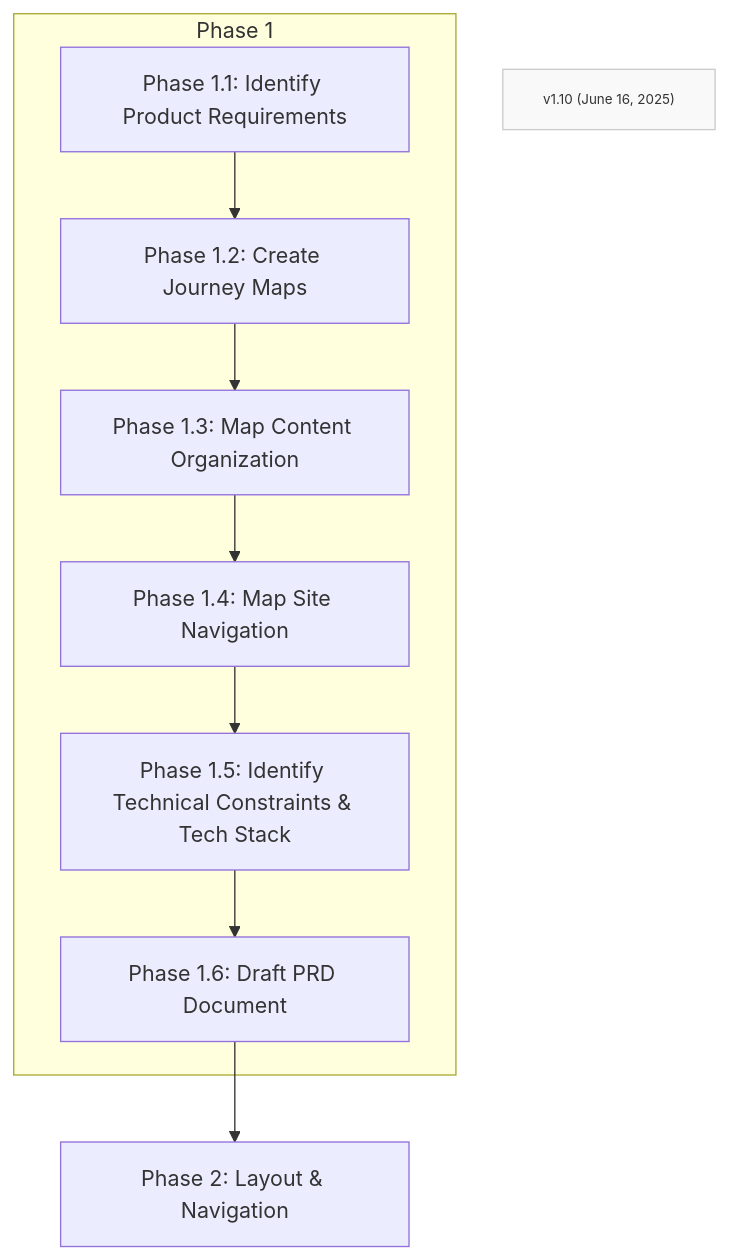
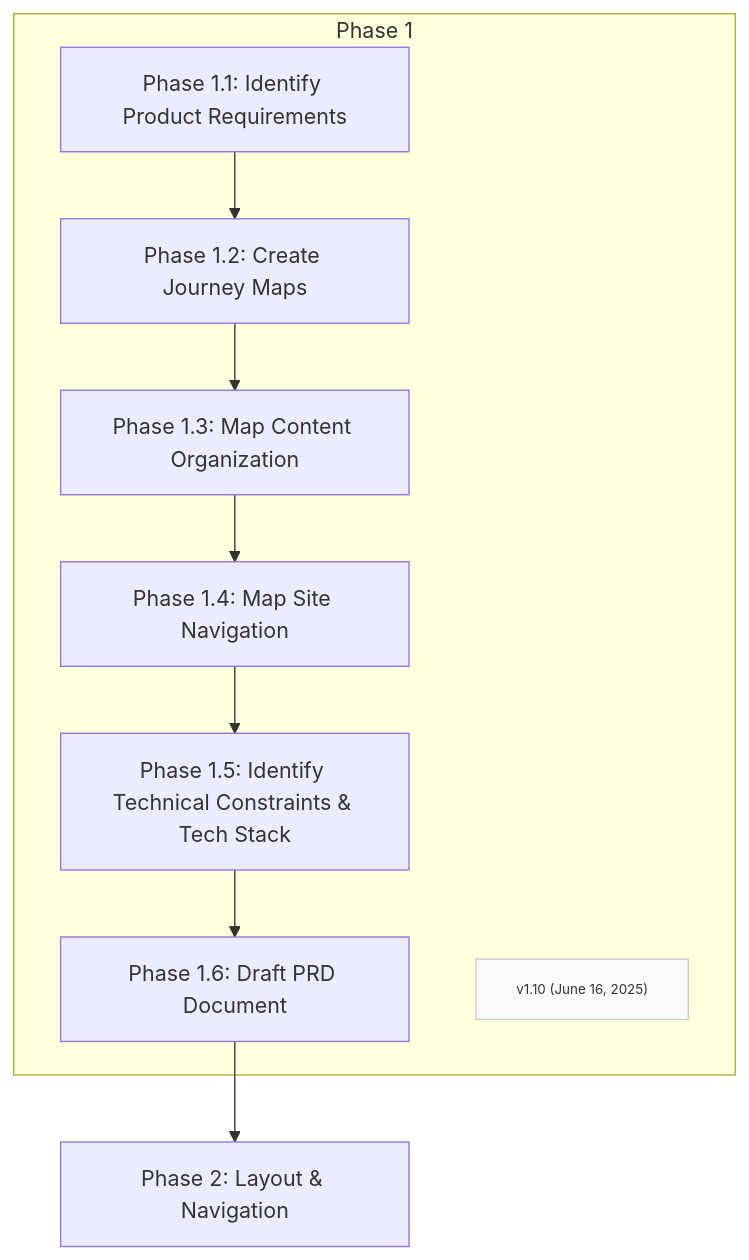
Before and after one commit to Mharbulous/Front-First-Method: the diagram in Phases/FF-phase1.md, drawn with Mermaid.

````diff
--- a/Phases/FF-phase1.md
+++ b/Phases/FF-phase1.md
@@ -1,21 +1,21 @@
 ```mermaid
 graph TD
     subgraph Phase1["Phase 1"]
         Phase1_1["Phase 1.1: Identify Product Requirements"] --> Phase1_2
         Phase1_2["Phase 1.2: Create Journey Maps"] --> Phase1_3
         Phase1_3["Phase 1.3: Map Content Organization"] --> Phase1_4
         Phase1_4["Phase 1.4: Map Site Navigation"] --> Phase1_5
         Phase1_5["Phase 1.5: Identify Technical Constraints & Tech Stack"] --> Phase1_6
         Phase1_6["Phase 1.6: Draft PRD Document"]
-        
+        Version["v1.10 (June 16, 2025)"]    
         
     end
     
     Phase2["Phase 2: Layout & Navigation"]
-    Version["v1.10 (June 16, 2025)"]
+    
     
     Phase1_6 --> Phase2
     
     classDef version fill:#f9f9f9,stroke:#ccc,font-size:10px
     class Version version
 ```
````
